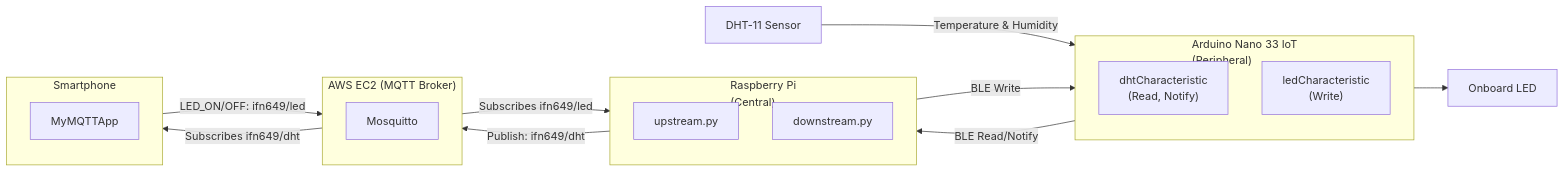
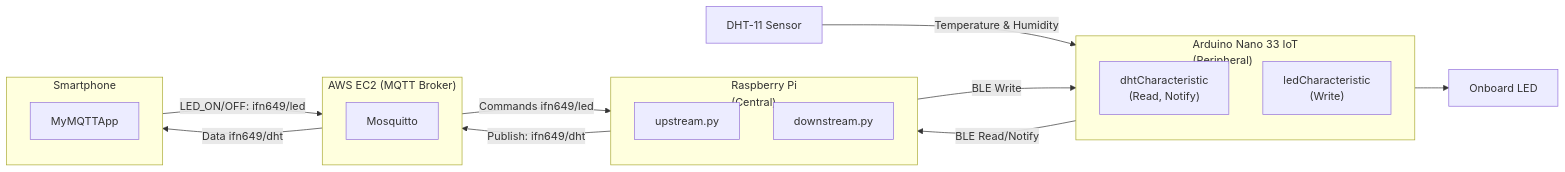
One commit to baramatsubonzo/ble-dht11-to-mqtt-with-led-return changed the diagram in README.md. Above: the diagram before and after it, drawn with Mermaid. The commit also changed other lines of this file and 1 other file, not shown here.

Commit message:
Add DHT-11 and Arduino wiring

````diff
--- a/README.md
+++ b/README.md
@@ -2,33 +2,32 @@
 ```mermaid
 flowchart LR
     DHT["DHT-11 Sensor"]
     LED["Onboard LED"]
 
     subgraph Arduino["Arduino Nano 33 IoT<br>(Peripheral)"]
 		BLE_Char1["dhtCharacteristic<br>(Read, Notify)"]
         BLE_Char2["ledCharacteristic<br>(Write)"]
     end
 
     subgraph Pi["Raspberry Pi<br>(Central)"]
         BLE_Read["upstream.py"]
         BLE_Write["downstream.py"]
     end
 
     subgraph EC2["AWS EC2 (MQTT Broker)"]
         Broker["Mosquitto"]
     end
 
 	subgraph Phone["Smartphone"]
 		 MyMQTTApp
 	end
 
 	DHT -->|Temperature & Humidity| Arduino
     Arduino --> |BLE Read/Notify| Pi
     Pi --> |Publish: ifn649/dht| EC2
-    EC2 --> |Subscribes ifn649/dht| Phone
+    EC2 --> |Data ifn649/dht| Phone
     Phone --> |LED_ON/OFF: ifn649/led| EC2
-    EC2 --> |Subscribes ifn649/led| Pi
+    EC2 --> |Commands ifn649/led| Pi
     Pi --> |BLE Write| Arduino
     Arduino --> LED
-
 ```
````
